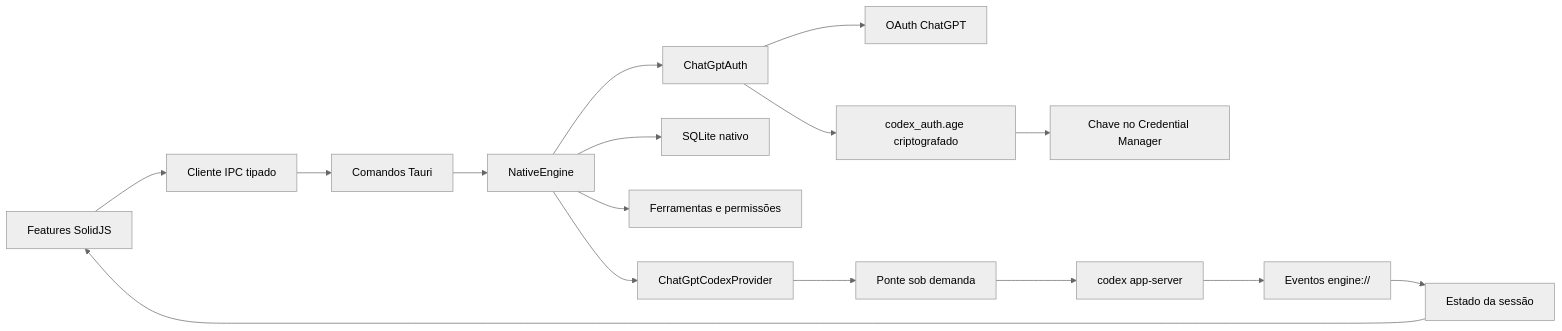
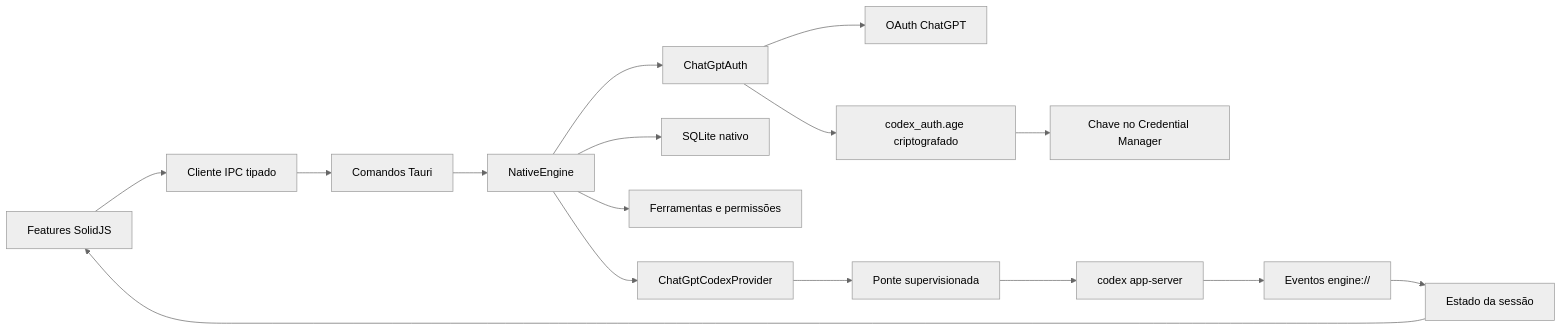
Before and after one commit to BRUN0R2/codex-app: the diagram in docs/ARCHITECTURE.md, drawn with Mermaid (neutral theme). The commit also changed other lines of this file and 6 other files, not shown here.

````diff
--- a/docs/ARCHITECTURE.md
+++ b/docs/ARCHITECTURE.md
@@ -5,18 +5,18 @@
 ```mermaid
 flowchart LR
     UI["Features SolidJS"] --> IPC["Cliente IPC tipado"]
     IPC --> Commands["Comandos Tauri"]
     Commands --> Engine["NativeEngine"]
     Engine --> Auth["ChatGptAuth"]
     Auth --> OAuth["OAuth ChatGPT"]
     Auth --> Vault["codex_auth.age criptografado"]
     Vault --> Keyring["Chave no Credential Manager"]
     Engine --> Store["SQLite nativo"]
     Engine --> Policy["Ferramentas e permissões"]
     Engine --> Provider["ChatGptCodexProvider"]
-    Provider --> Bridge["Ponte sob demanda"]
+    Provider --> Bridge["Ponte supervisionada"]
     Bridge --> Server["codex app-server"]
     Server --> Events["Eventos engine://"]
     Events --> Session["Estado da sessão"]
     Session --> UI
 ```
````
